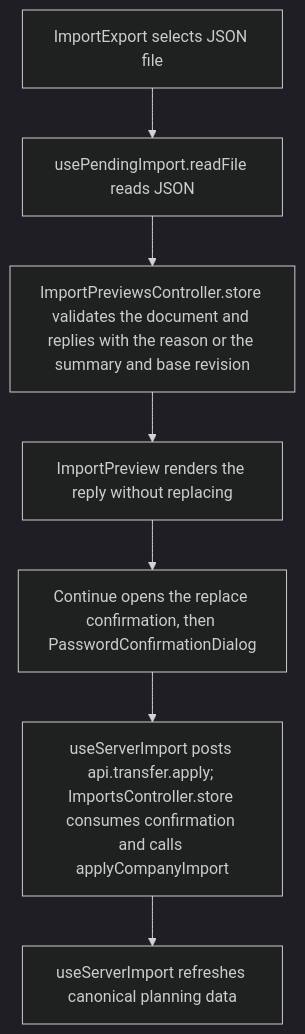
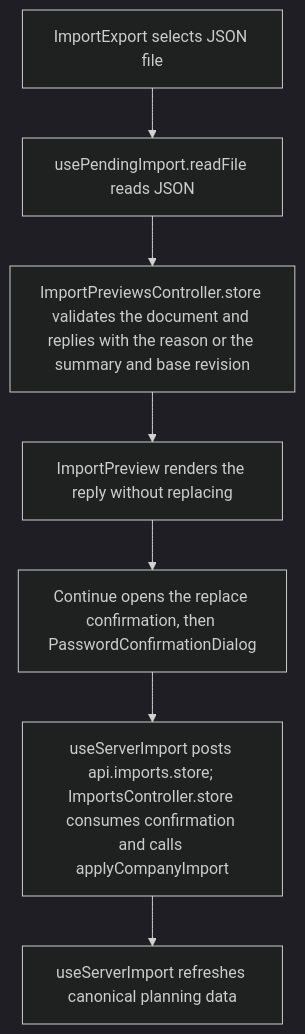
Before and after one commit to Kevinjohn/capacitylens: the second of 2 diagrams in user-stories/data/US-DAT-02-import-json.md, drawn with Mermaid (dark theme). The commit also changed 153 other files, not shown here.

````diff
--- a/user-stories/data/US-DAT-02-import-json.md
+++ b/user-stories/data/US-DAT-02-import-json.md
@@ -36,9 +36,9 @@
 ```mermaid
 flowchart TD
   file["ImportExport selects JSON file"] --> parse["usePendingImport.readFile reads JSON"]
   parse --> serverBoundary["ImportPreviewsController.store validates the document and replies with the reason or the summary and base revision"]
   serverBoundary --> preview["ImportPreview renders the reply without replacing"]
   preview --> confirm["Continue opens the replace confirmation, then PasswordConfirmationDialog"]
-  confirm --> apply["useServerImport posts api.transfer.apply; ImportsController.store consumes confirmation and calls applyCompanyImport"]
+  confirm --> apply["useServerImport posts api.imports.store; ImportsController.store consumes confirmation and calls applyCompanyImport"]
   apply --> refresh["useServerImport refreshes canonical planning data"]
 ```
````
